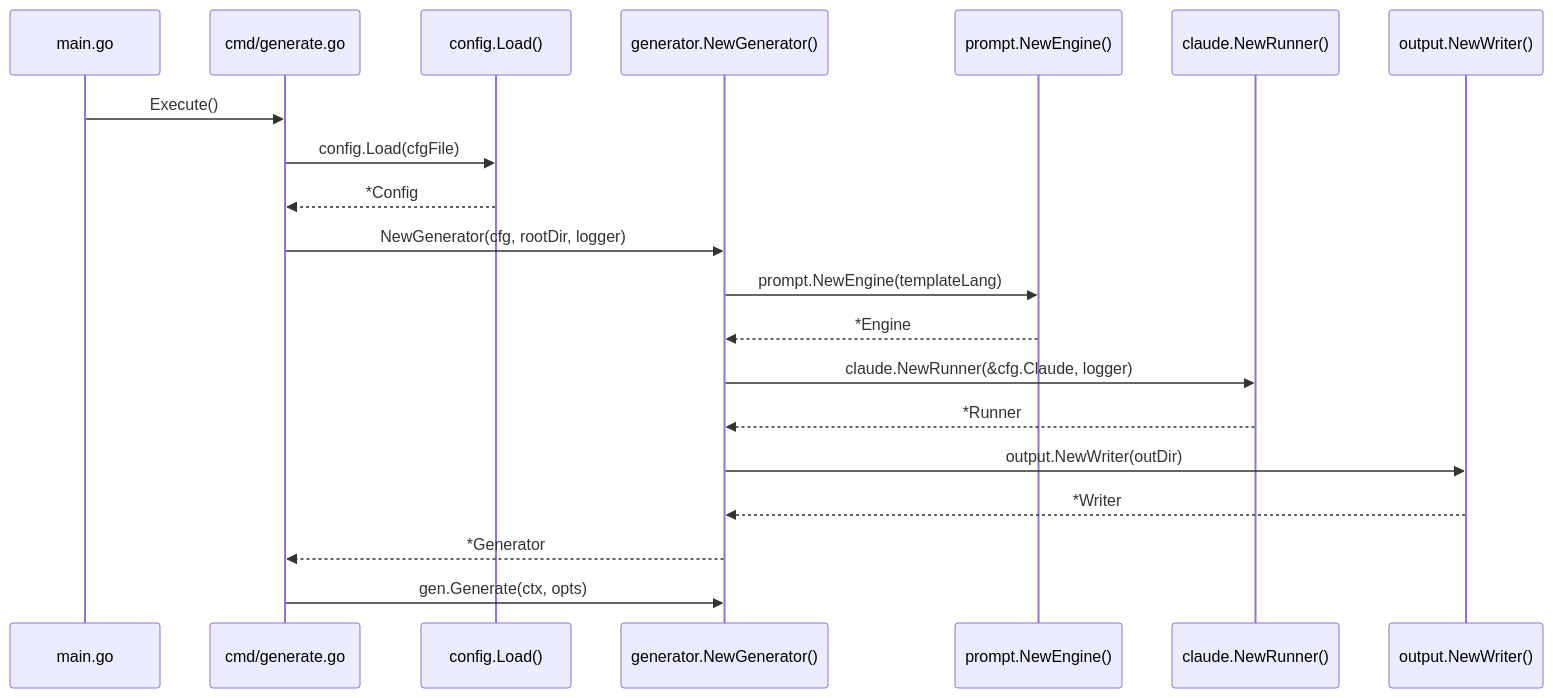
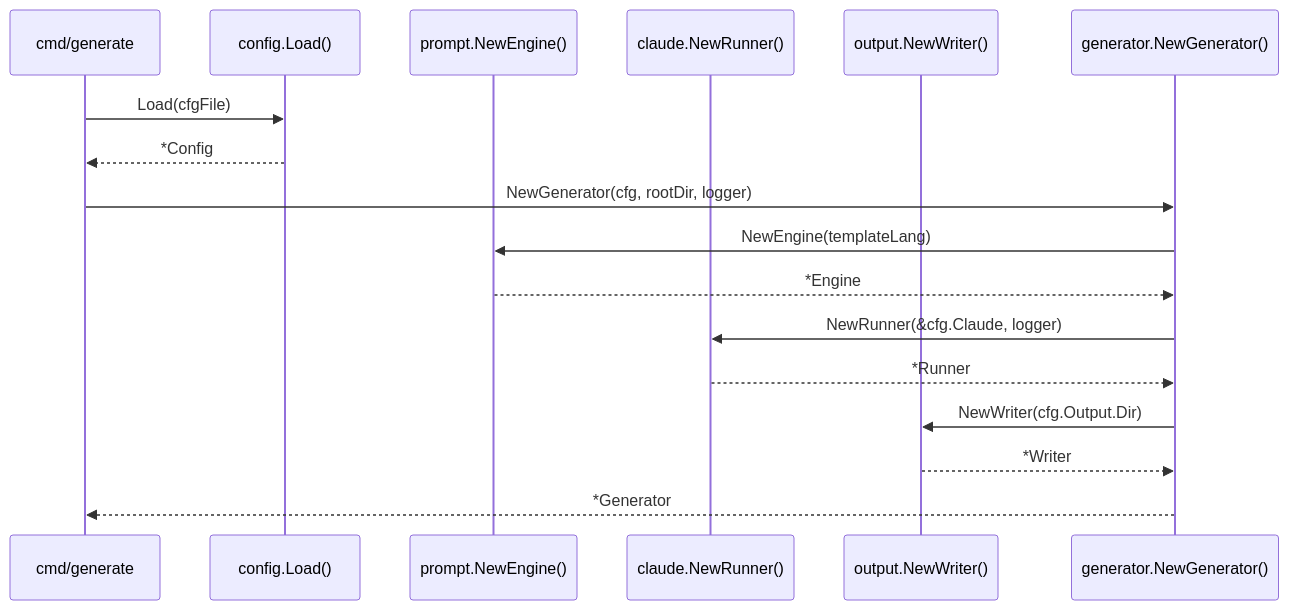
Before and after one commit to monkenWu/selfmd-claude-code: the third of 4 diagrams in docs/architecture/module-dependencies/index.md, drawn with Mermaid. The commit also changed other lines of this file and 145 other files, not shown here.

````diff
--- a/docs/architecture/module-dependencies/index.md
+++ b/docs/architecture/module-dependencies/index.md
@@ -384,23 +330,20 @@
 ```mermaid
 sequenceDiagram
-    participant Main as main.go
-    participant CMD as cmd/generate.go
-    participant CFG as config.Load()
-    participant Gen as generator.NewGenerator()
+    participant Cmd as cmd/generate
+    participant Config as config.Load()
     participant Engine as prompt.NewEngine()
     participant Runner as claude.NewRunner()
     participant Writer as output.NewWriter()
+    participant Gen as generator.NewGenerator()
 
-    Main->>CMD: Execute()
-    CMD->>CFG: config.Load(cfgFile)
-    CFG-->>CMD: *Config
-    CMD->>Gen: NewGenerator(cfg, rootDir, logger)
-    Gen->>Engine: prompt.NewEngine(templateLang)
+    Cmd->>Config: Load(cfgFile)
+    Config-->>Cmd: *Config
+    Cmd->>Gen: NewGenerator(cfg, rootDir, logger)
+    Gen->>Engine: NewEngine(templateLang)
     Engine-->>Gen: *Engine
-    Gen->>Runner: claude.NewRunner(&cfg.Claude, logger)
+    Gen->>Runner: NewRunner(&cfg.Claude, logger)
     Runner-->>Gen: *Runner
-    Gen->>Writer: output.NewWriter(outDir)
+    Gen->>Writer: NewWriter(cfg.Output.Dir)
     Writer-->>Gen: *Writer
-    Gen-->>CMD: *Generator
-    CMD->>Gen: gen.Generate(ctx, opts)
+    Gen-->>Cmd: *Generator
 ```
````
